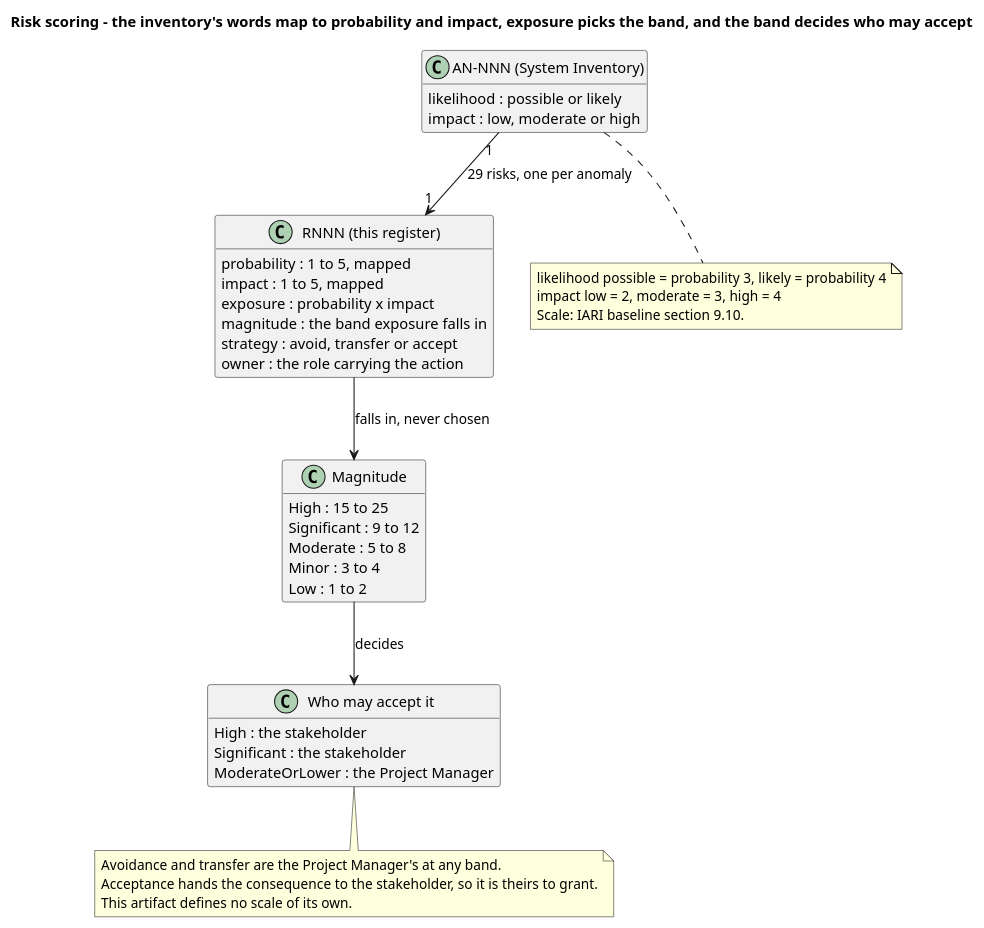
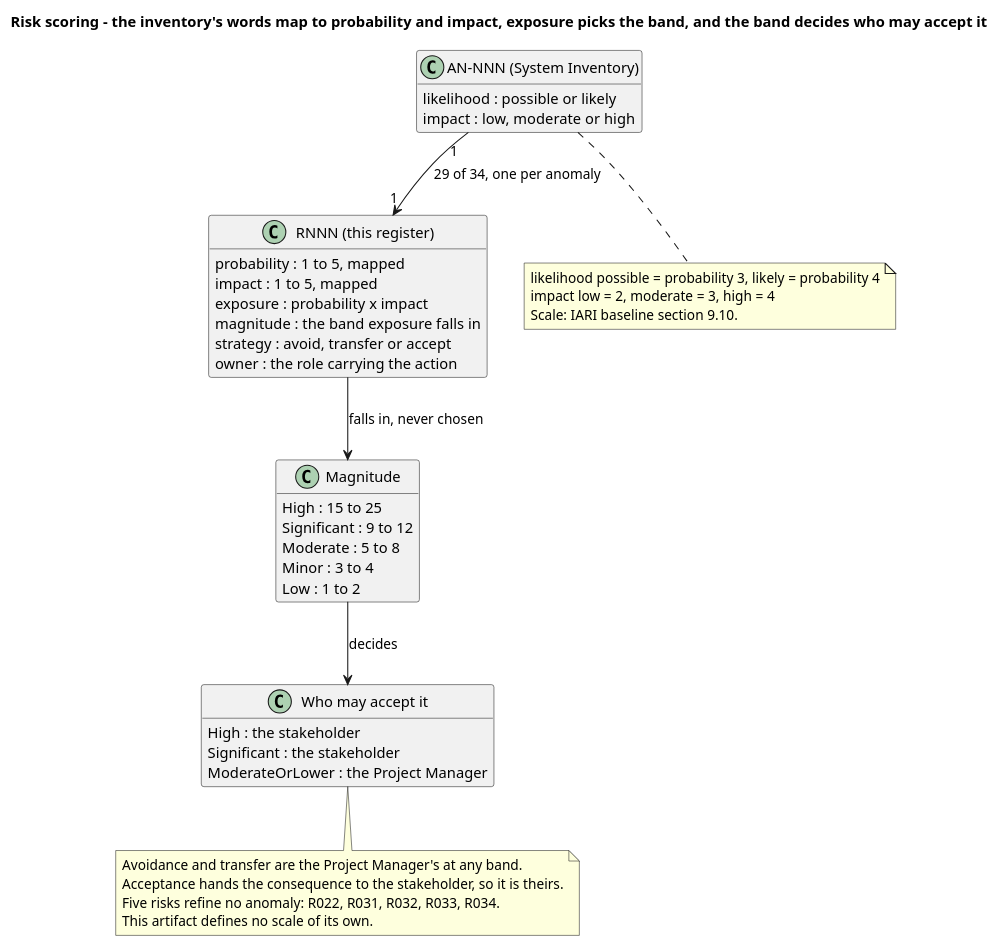
One commit to banense-test/TodoApp changed the first of 3 diagrams in docs/artifacts/project-management/risk-list.md. Above: the diagram before and after it, drawn with PlantUML. The commit also changed other lines of this file, not shown here.

First line of the commit message:
Project Manager [Consolidation1]: upsert Risk List

````diff
--- a/docs/artifacts/project-management/risk-list.md
+++ b/docs/artifacts/project-management/risk-list.md
@@ -47,47 +53,51 @@
 ```plantuml
 @startuml
-title Risk scoring - the inventory's words map to probability and impact, exposure picks the band, and the band decides who may accept
+title Risk scoring - the inventory's words map to probability and impact, exposure picks the band, and the band decides who may accept it
 
 skinparam shadowing false
 skinparam classAttributeIconSize 0
 hide empty members
 
 class "AN-NNN (System Inventory)" as AN {
   likelihood : possible or likely
   impact : low, moderate or high
 }
 class "RNNN (this register)" as RISK {
   probability : 1 to 5, mapped
   impact : 1 to 5, mapped
   exposure : probability x impact
   magnitude : the band exposure falls in
   strategy : avoid, transfer or accept
   owner : the role carrying the action
 }
 class "Magnitude" as M {
   High : 15 to 25
   Significant : 9 to 12
   Moderate : 5 to 8
   Minor : 3 to 4
   Low : 1 to 2
 }
 class "Who may accept it" as A {
   High : the stakeholder
   Significant : the stakeholder
   ModerateOrLower : the Project Manager
 }
-AN "1" --> "1" RISK : 29 risks, one per anomaly
+
+AN "1" --> "1" RISK : 29 of 34, one per anomaly
 RISK --> M : falls in, never chosen
 M --> A : decides
+
 note bottom of AN
   likelihood possible = probability 3, likely = probability 4
   impact low = 2, moderate = 3, high = 4
   Scale: IARI baseline section 9.10.
 end note
 note bottom of A
   Avoidance and transfer are the Project Manager's at any band.
-  Acceptance hands the consequence to the stakeholder, so it is theirs to grant.
+  Acceptance hands the consequence to the stakeholder, so it is theirs.
+  Five risks refine no anomaly: R022, R031, R032, R033, R034.
   This artifact defines no scale of its own.
 end note
+
 @enduml
 ```
````
